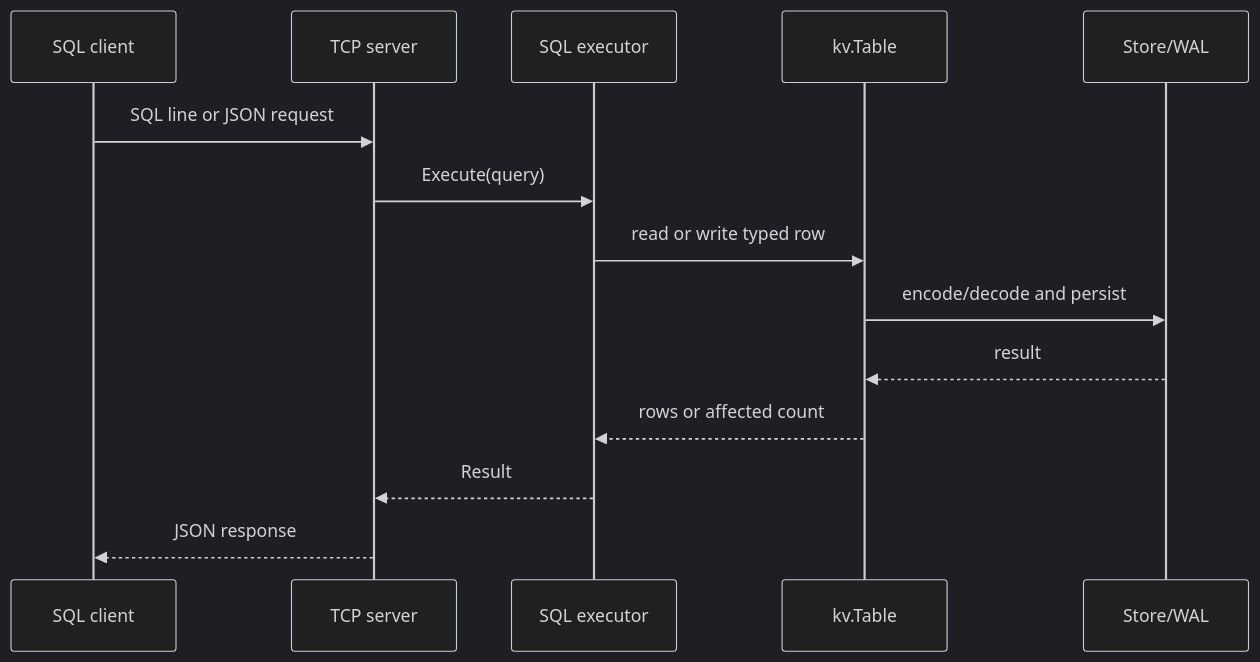
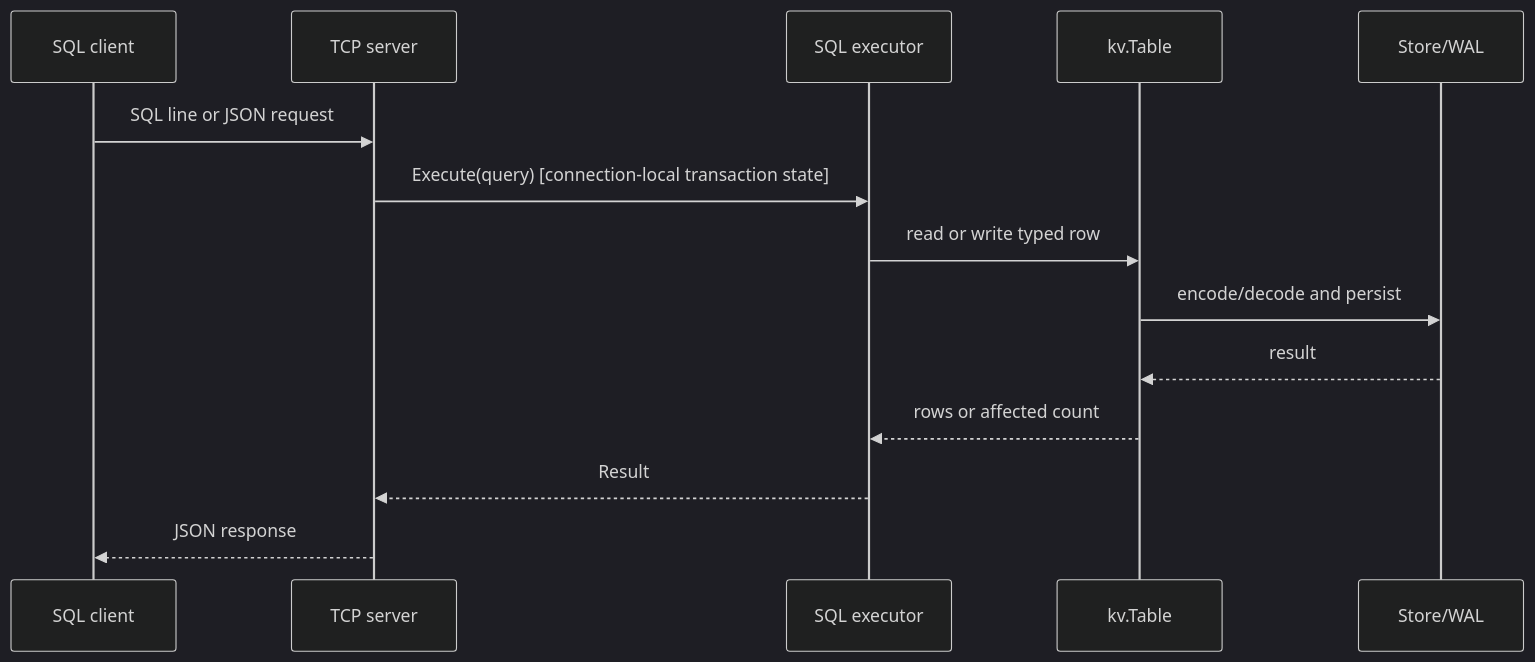
One commit to ToxicBlades/go-db changed the second of 2 diagrams in README.md. Above: the diagram before and after it, drawn with Mermaid (dark theme). The commit also changed other lines of this file and 4 other files, not shown here.

````diff
--- a/README.md
+++ b/README.md
@@ -39,16 +40,16 @@
 ```mermaid
 sequenceDiagram
     participant C as SQL client
     participant S as TCP server
     participant E as SQL executor
     participant T as kv.Table
     participant D as Store/WAL
     C->>S: SQL line or JSON request
-    S->>E: Execute(query)
+    S->>E: Execute(query) [connection-local transaction state]
     E->>T: read or write typed row
     T->>D: encode/decode and persist
     D-->>T: result
     T-->>E: rows or affected count
     E-->>S: Result
     S-->>C: JSON response
 ```
````
